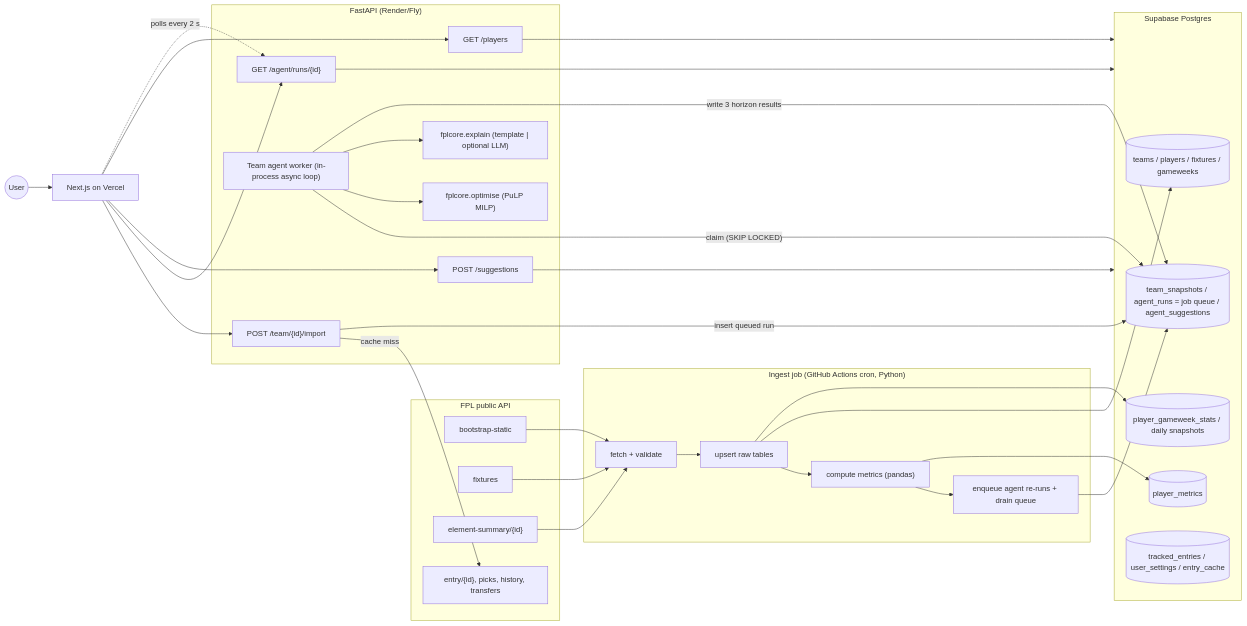
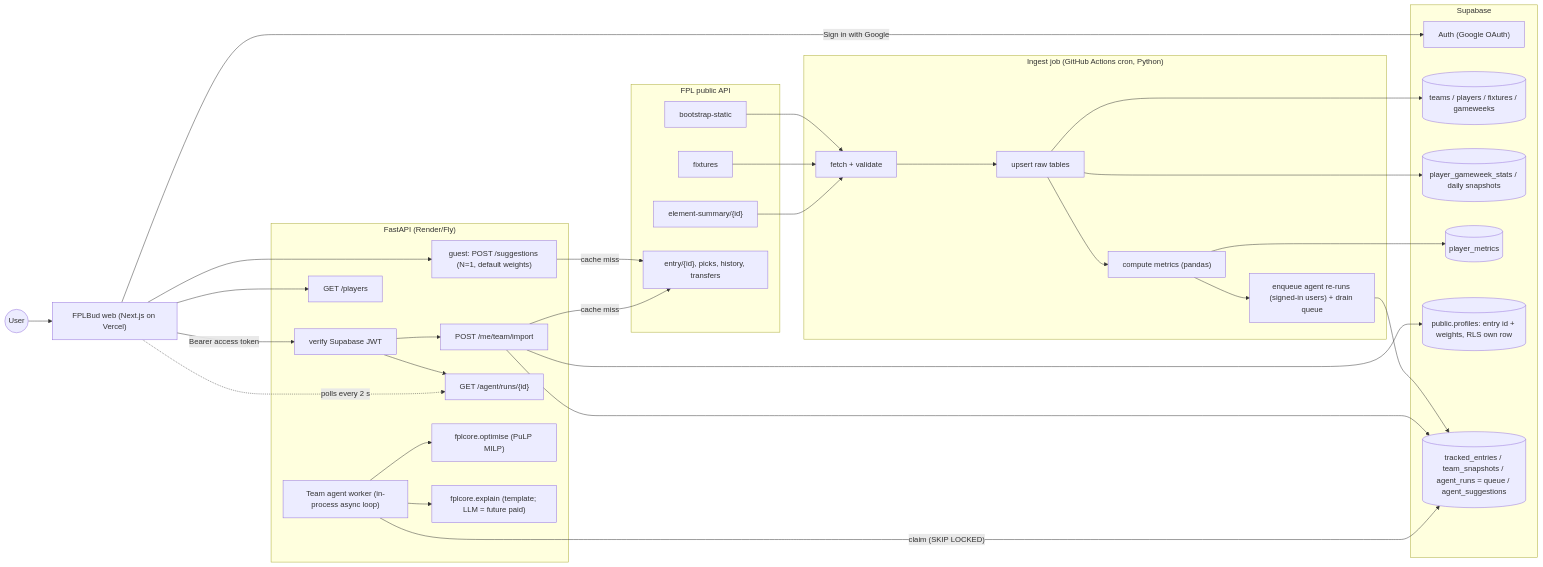
Before and after one commit to dannyboy-1412/FPLBud: the diagram in docs/ARCHITECTURE.md, drawn with Mermaid. The commit also changed other lines of this file and 205 other files, not shown here.

First line of the commit message:
Add the FPLBud app with a team-ID report as the front door.

````diff
--- a/docs/ARCHITECTURE.md
+++ b/docs/ARCHITECTURE.md
@@ -44,36 +44,40 @@
 ```mermaid
 flowchart LR
   subgraph FPL["FPL public API"]
     BS[bootstrap-static] ; FX[fixtures] ; ES["element-summary/{id}"] ; EN["entry/{id}, picks, history, transfers"]
   end
   subgraph Ingest["Ingest job (GitHub Actions cron, Python)"]
-    I1[fetch + validate] --> I2[upsert raw tables] --> I3["compute metrics (pandas)"] --> I4["enqueue agent re-runs + drain queue"]
+    I1[fetch + validate] --> I2[upsert raw tables] --> I3["compute metrics (pandas)"] --> I4["enqueue agent re-runs (signed-in users) + drain queue"]
   end
-  subgraph DB["Supabase Postgres"]
+  subgraph SB["Supabase"]
+    AUTH["Auth (Google OAuth)"]
     T[(teams / players / fixtures / gameweeks)]
     S[(player_gameweek_stats / daily snapshots)]
     M[(player_metrics)]
-    Q[(team_snapshots / agent_runs = job queue / agent_suggestions)]
-    U[(tracked_entries / user_settings / entry_cache)]
+    P[(public.profiles: entry id + weights, RLS own row)]
+    Q[(tracked_entries / team_snapshots / agent_runs = queue / agent_suggestions)]
   end
   subgraph API["FastAPI (Render/Fly)"]
-    A0["POST /team/{id}/import"] ; A1["GET /agent/runs/{id}"] ; A2[POST /suggestions] ; A3[GET /players]
+    JWT["verify Supabase JWT"]
+    G["guest: POST /suggestions (N=1, default weights)"]
+    A0["POST /me/team/import"] ; A1["GET /agent/runs/{id}"] ; A3[GET /players]
     W["Team agent worker (in-process async loop)"]
-    OPT["fplcore.optimise (PuLP MILP)"] ; EXP["fplcore.explain (template | optional LLM)"]
+    OPT["fplcore.optimise (PuLP MILP)"] ; EXP["fplcore.explain (template; LLM = future paid)"]
   end
-  WEB["Next.js on Vercel"]
+  WEB["FPLBud web (Next.js on Vercel)"]
   USER((User))
 
   BS & FX & ES --> I1
   I2 --> T & S
   I3 --> M
   I4 --> Q
-  USER --> WEB --> A0 & A1 & A2 & A3
-  A0 -- "cache miss" --> EN
-  A0 -- "insert queued run" --> Q
+  USER --> WEB
+  WEB -- "Sign in with Google" --> AUTH
+  WEB -- "Bearer access token" --> JWT --> A0 & A1
+  WEB --> G & A3
+  G & A0 -- "cache miss" --> EN
+  A0 --> P & Q
   W -- "claim (SKIP LOCKED)" --> Q
   W --> OPT & EXP
-  W -- "write 3 horizon results" --> Q
   WEB -. "polls every 2 s" .-> A1
-  A1 & A2 & A3 --> DB
 ```
````
